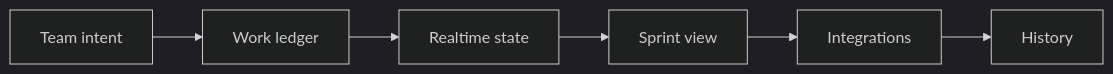
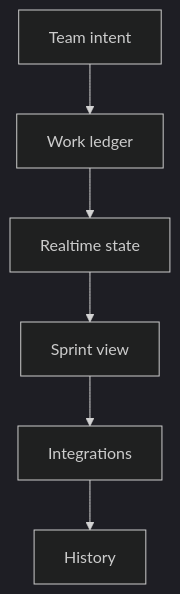
One commit to J0UH/cadence-work-management changed the diagram in README.md. Above: the diagram before and after it, drawn with Mermaid (dark theme).

Commit message:
docs: build visual project portfolio

````diff
--- a/README.md
+++ b/README.md
@@ -25,14 +25,14 @@
 ```mermaid
-flowchart LR
+flowchart TD
     n0["Team intent"]
     n1["Work ledger"]
     n2["Realtime state"]
     n3["Sprint view"]
     n4["Integrations"]
     n5["History"]
     n0 --> n1
     n1 --> n2
     n2 --> n3
     n3 --> n4
     n4 --> n5
 ```
````
